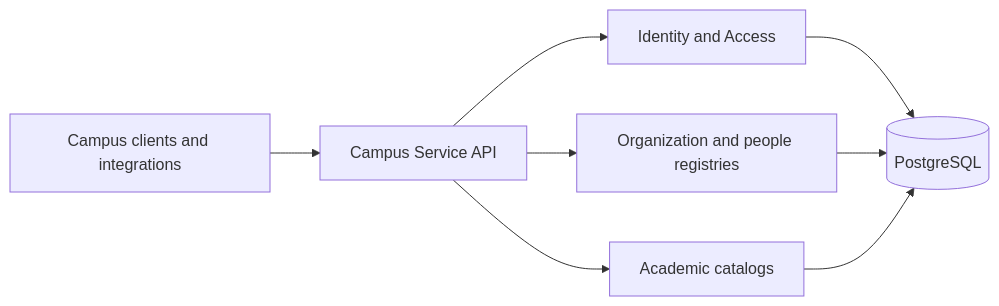
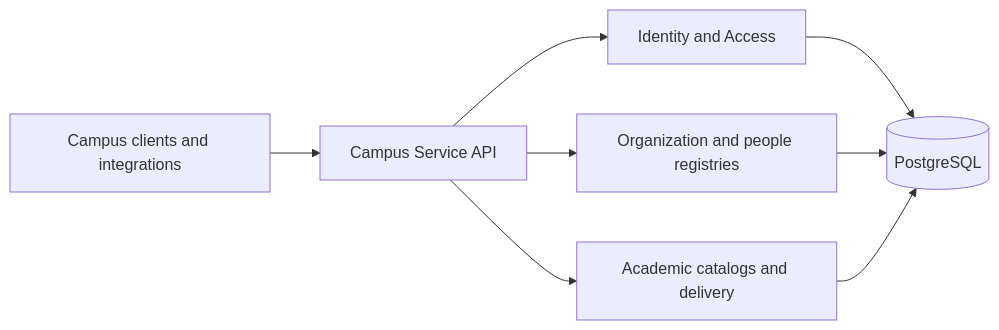
Before and after one commit to cdanh11/campus-service: the first of 2 diagrams in docs/architecture.md, drawn with Mermaid. The commit also changed other lines of this file and 5 other files, not shown here.

````diff
--- a/docs/architecture.md
+++ b/docs/architecture.md
@@ -13,10 +13,10 @@
 ```mermaid
 flowchart LR
     Client[Campus clients and integrations] --> API[Campus Service API]
     API --> IAM[Identity and Access]
     API --> Registry[Organization and people registries]
-    API --> Academic[Academic catalogs]
+    API --> Academic[Academic catalogs and delivery]
     IAM --> DB[(PostgreSQL)]
     Registry --> DB
     Academic --> DB
 ```
````
